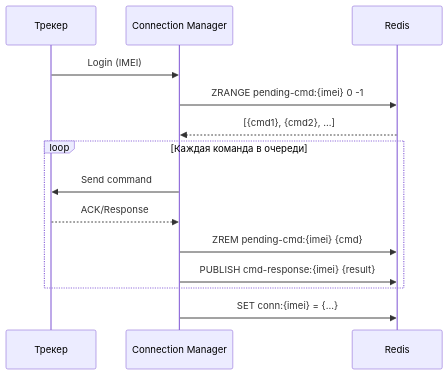
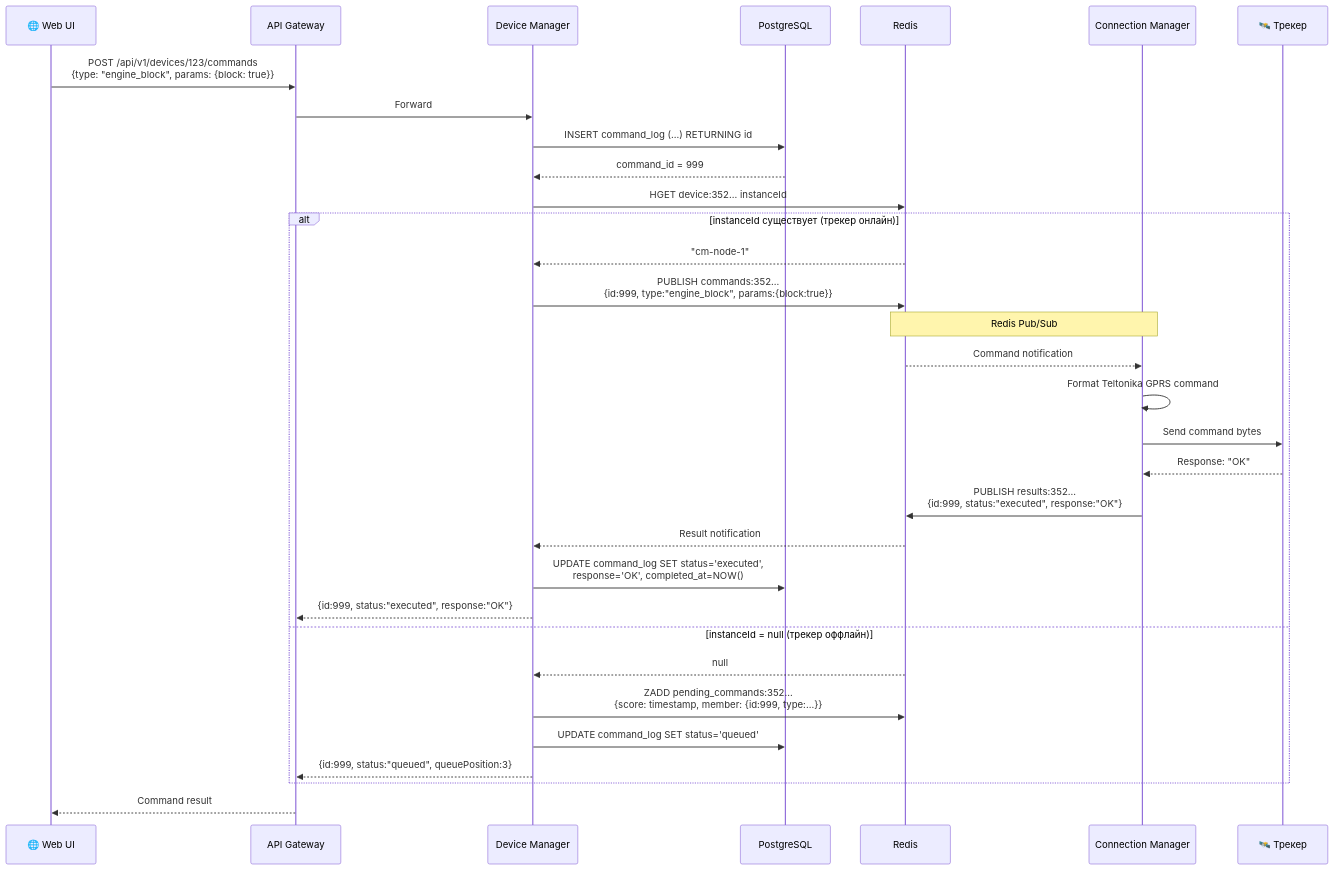
Before and after one commit to revarewerd/wayrecall-tracker-system: diagram 16 of 19 in docs/blocks/ARCHITECTURE_BLOCK1.md, drawn with Mermaid. The commit also changed other lines of this file and 544 other files, not shown here.

````diff
--- a/docs/blocks/ARCHITECTURE_BLOCK1.md
+++ b/docs/blocks/ARCHITECTURE_BLOCK1.md
@@ -549,19 +959,41 @@
 ```mermaid
 sequenceDiagram
-    participant T as Трекер
+    participant UI as 🌐 Web UI
+    participant GW as API Gateway
+    participant DM as Device Manager
+    participant PG as PostgreSQL
+    participant R as Redis
     participant CM as Connection Manager
-    participant R as Redis
+    participant T as 🛰️ Трекер
 
-    T->>CM: Login (IMEI)
-    CM->>R: ZRANGE pending-cmd:{imei} 0 -1
-    R-->>CM: [{cmd1}, {cmd2}, ...]
+    UI->>GW: POST /api/v1/devices/123/commands<br/>{type: "engine_block", params: {block: true}}
+    GW->>DM: Forward
+
+    DM->>PG: INSERT command_log (...) RETURNING id
+    PG-->>DM: command_id = 999
+
+    DM->>R: HGET device:352... instanceId
     
-    loop Каждая команда в очереди
-        CM->>T: Send command
-        T-->>CM: ACK/Response
-        CM->>R: ZREM pending-cmd:{imei} {cmd}
-        CM->>R: PUBLISH cmd-response:{imei} {result}
+    alt instanceId существует (трекер онлайн)
+        R-->>DM: "cm-node-1"
+        DM->>R: PUBLISH commands:352...<br/>{id:999, type:"engine_block", params:{block:true}}
+        
+        Note over R,CM: Redis Pub/Sub
+        R-->>CM: Command notification
+        CM->>CM: Format Teltonika GPRS command
+        CM->>T: Send command bytes
+        T-->>CM: Response: "OK"
+        CM->>R: PUBLISH results:352...<br/>{id:999, status:"executed", response:"OK"}
+        R-->>DM: Result notification
+        
+        DM->>PG: UPDATE command_log SET status='executed',<br/>response='OK', completed_at=NOW()
+        DM-->>GW: {id:999, status:"executed", response:"OK"}
+    else instanceId = null (трекер оффлайн)
+        R-->>DM: null
+        DM->>R: ZADD pending_commands:352...<br/>{score: timestamp, member: {id:999, type:...}}
+        DM->>PG: UPDATE command_log SET status='queued'
+        DM-->>GW: {id:999, status:"queued", queuePosition:3}
     end
     
-    CM->>R: SET conn:{imei} = {...}
+    GW-->>UI: Command result
 ```
````
